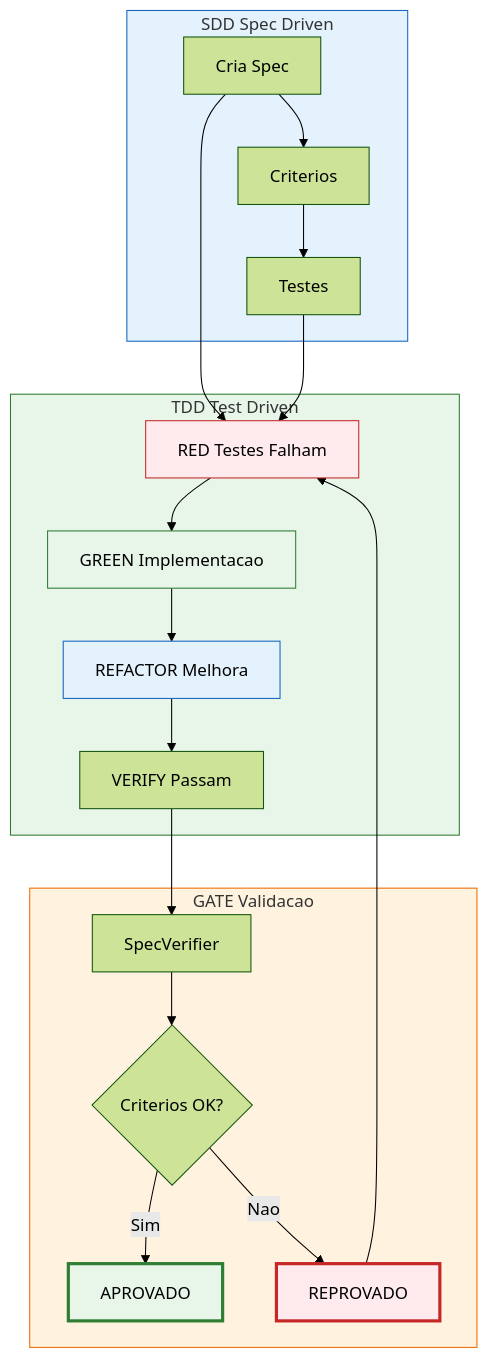
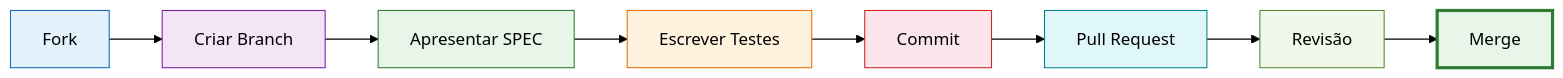
One commit to MarceloClaro/opencode-ecosystem-core changed the third of 3 diagrams in README.md. Above: the diagram before and after it, drawn with Mermaid (forest theme). The commit also changed other lines of this file, not shown here.

Commit message:
docs(readme): redesign profissional — vitrine com badges, TOC, camadas do ecossistema (agentes/MCP/skills/hooks/plugins), ciclo SDD/TDD+Reflexion, observabilidade /efficiency, segurança, instalação, documentação e licença (212→~450 linhas)

````diff
--- a/README.md
+++ b/README.md
@@ -892,36 +328,19 @@
 ```mermaid
-flowchart TD
-    subgraph SDD[SDD Spec Driven]
-        SPEC1[Cria Spec]
-        SPEC1 --> CRIT[Criterios]
-        CRIT --> TESTS[Testes]
-    end
+flowchart LR
+    FORK[Fork] --> BRANCH[Criar Branch]
+    BRANCH --> SPEC[Apresentar SPEC]
+    SPEC --> TEST[Escrever Testes]
+    TEST --> COMMIT[Commit]
+    COMMIT --> PR[Pull Request]
+    PR --> REVIEW[Revisão]
+    REVIEW --> MERGE[Merge]
 
-    subgraph TDD[TDD Test Driven]
-        RED[RED Testes Falham]
-        RED --> GREEN[GREEN Implementacao]
-        GREEN --> REFACTOR[REFACTOR Melhora]
-        REFACTOR --> VERIFY[VERIFY Passam]
-    end
-
-    subgraph GATE[GATE Validacao]
-        GATE1[SpecVerifier]
-        GATE1 --> CHECK{Criterios OK?}
-    CHECK -->|Sim| APPROVE[APROVADO]
-    CHECK -->|Nao| REJECT[REPROVADO]
-        REJECT --> RED
-    end
-
-    SPEC1 --> RED
-    TESTS --> RED
-    VERIFY --> GATE1
-
-    style SDD fill:#e3f2fd,stroke:#1565c0
-    style TDD fill:#e8f5e9,stroke:#2e7d32
-    style GATE fill:#fff3e0,stroke:#ef6c00
-    style RED fill:#ffebee,stroke:#c62828
-    style GREEN fill:#e8f5e9,stroke:#2e7d32
-    style REFACTOR fill:#e3f2fd,stroke:#1565c0
-    style APPROVE fill:#e8f5e9,stroke:#2e7d32,stroke-width:3px
-    style REJECT fill:#ffebee,stroke:#c62828,stroke-width:3px
+    style FORK fill:#e3f2fd,stroke:#1565c0
+    style BRANCH fill:#f3e5f5,stroke:#7b1fa2
+    style SPEC fill:#e8f5e9,stroke:#2e7d32
+    style TEST fill:#fff3e0,stroke:#ef6c00
+    style COMMIT fill:#fce4ec,stroke:#c62828
+    style PR fill:#e0f7fa,stroke:#00838f
+    style REVIEW fill:#f1f8e9,stroke:#558b2f
+    style MERGE fill:#e8f5e9,stroke:#2e7d32,stroke-width:3px
 ```
````
